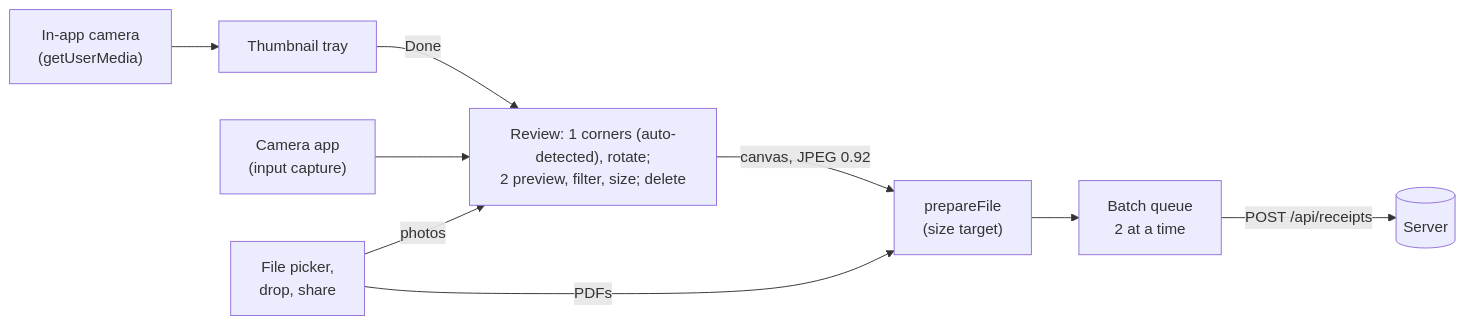
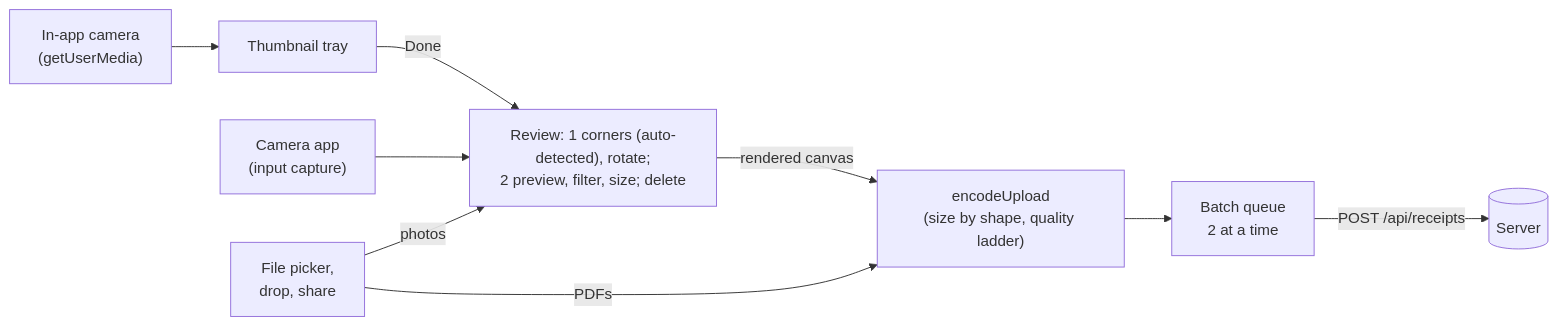
The first of 4 diagrams in docs/architecture/flows/upload-and-extraction.md (bhimrazy/receipt-ocr-app), drawn with Mermaid before and after one commit. The commit also changed other lines of this file and 4 other files, not shown here.

Commit message:
docs: record the photo-flow decisions and the new upload sizing

````diff
--- a/docs/architecture/flows/upload-and-extraction.md
+++ b/docs/architecture/flows/upload-and-extraction.md
@@ -43,11 +43,11 @@
 ```mermaid
 flowchart LR
   cam["In-app camera<br/>(getUserMedia)"] --> tray[Thumbnail tray]
   fallback["Camera app<br/>(input capture)"] --> review
   pick["File picker,<br/>drop, share"] -->|photos| review
   pick -->|PDFs| prep
   tray -->|Done| review["Review: 1 corners (auto-detected), rotate;<br/>2 preview, filter, size; delete"]
-  review -->|"canvas, JPEG 0.92"| prep["prepareFile<br/>(size target)"]
+  review -->|"rendered canvas"| prep["encodeUpload<br/>(size by shape, quality ladder)"]
   prep --> queue["Batch queue<br/>2 at a time"]
   queue -->|"POST /api/receipts"| server[(Server)]
 ```
````
